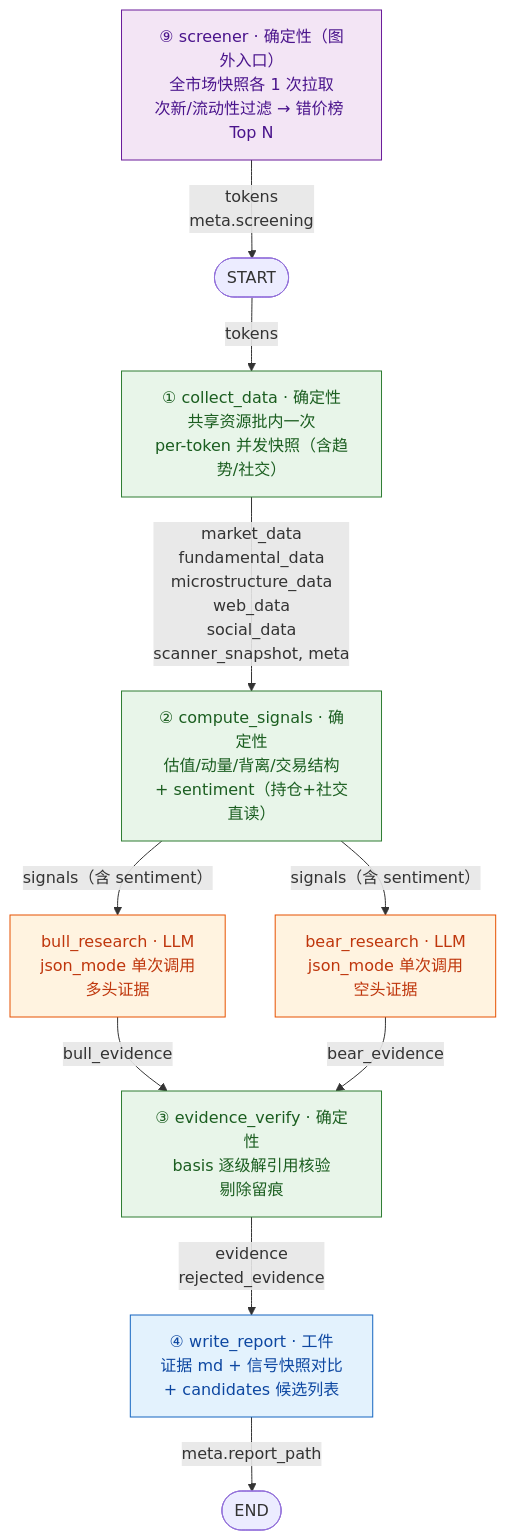
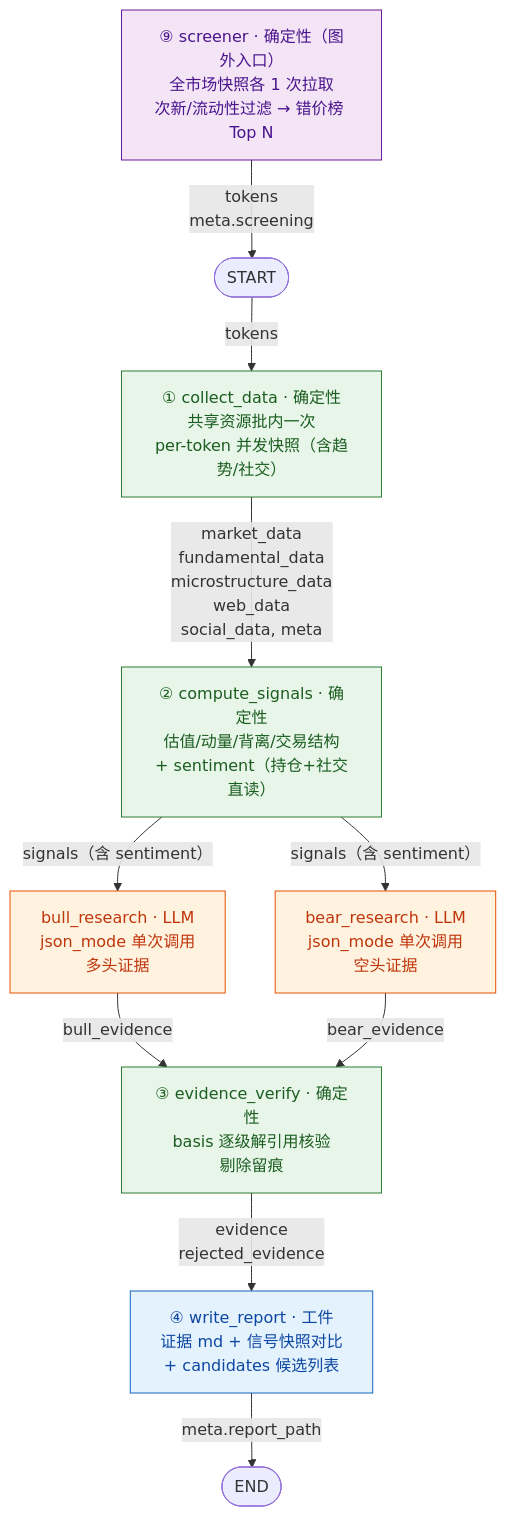
The diagram in AgentArchitecture_Combined.md (whateverdoi/CrossEx), drawn with Mermaid before and after one commit. The commit also changed other lines of this file and 23 other files, not shown here.

````diff
--- a/AgentArchitecture_Combined.md
+++ b/AgentArchitecture_Combined.md
@@ -30,32 +30,32 @@
 ```mermaid
 flowchart TD
     classDef DET fill:#e8f5e9,stroke:#2e7d32,color:#1b5e20;
     classDef LLM fill:#fff3e0,stroke:#e65100,color:#bf360c;
     classDef OUT fill:#e3f2fd,stroke:#1565c0,color:#0d47a1;
     classDef SCR fill:#f3e5f5,stroke:#6a1b9a,color:#4a148c;
 
     SCR["⑨ screener · 确定性（图外入口）<br/>全市场快照各 1 次拉取<br/>次新/流动性过滤 → 错价榜 Top N"]
     START([START])
     CD["① collect_data · 确定性<br/>共享资源批内一次<br/>per-token 并发快照（含趋势/社交）"]
     CS["② compute_signals · 确定性<br/>估值/动量/背离/交易结构<br/>+ sentiment（持仓+社交直读）"]
     BR["bull_research · LLM<br/>json_mode 单次调用<br/>多头证据"]
     BA["bear_research · LLM<br/>json_mode 单次调用<br/>空头证据"]
     EV["③ evidence_verify · 确定性<br/>basis 逐级解引用核验<br/>剔除留痕"]
     WR["④ write_report · 工件<br/>证据 md + 信号快照对比<br/>+ candidates 候选列表"]
     DONE([END])
 
     SCR -->|"tokens<br/>meta.screening"| START
     START -->|"tokens"| CD
-    CD -->|"market_data<br/>fundamental_data<br/>microstructure_data<br/>web_data<br/>social_data<br/>scanner_snapshot, meta"| CS
+    CD -->|"market_data<br/>fundamental_data<br/>microstructure_data<br/>web_data<br/>social_data, meta"| CS
     CS -->|"signals（含 sentiment）"| BR
     CS -->|"signals（含 sentiment）"| BA
     BR -->|"bull_evidence"| EV
     BA -->|"bear_evidence"| EV
     EV -->|"evidence<br/>rejected_evidence"| WR
     WR -->|"meta.report_path"| DONE
 
     class CD,CS,EV DET
     class BR,BA LLM
     class WR OUT
     class SCR SCR
 ```
````
